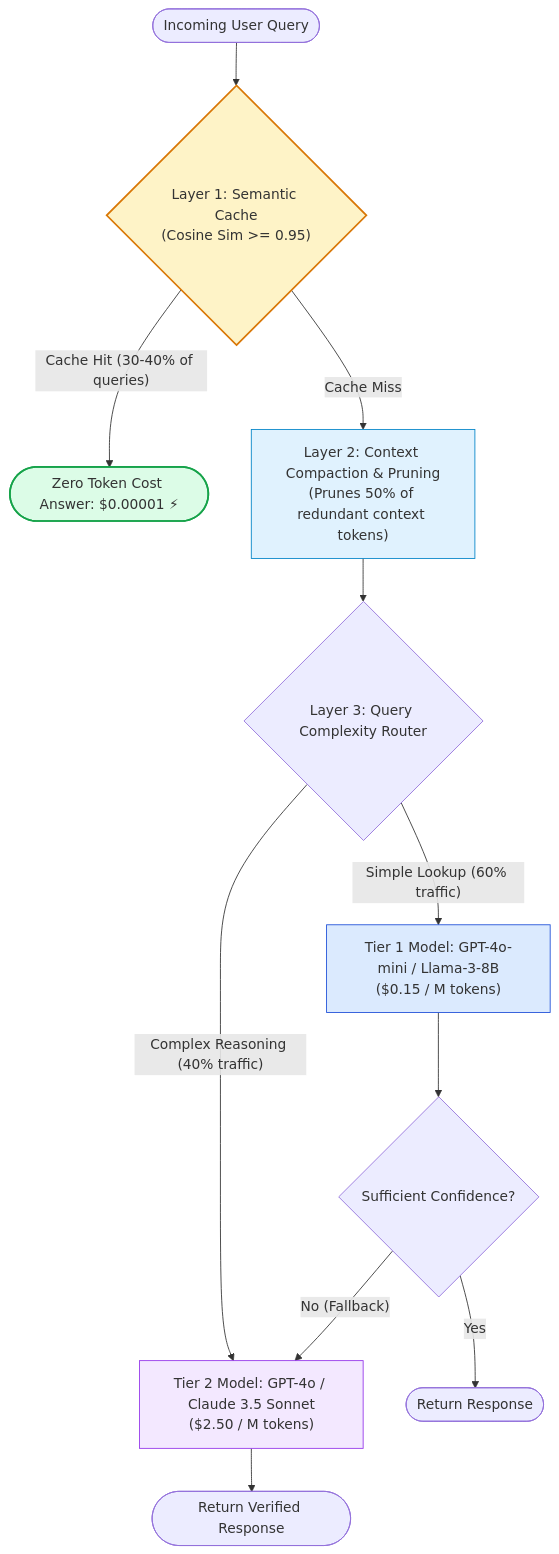
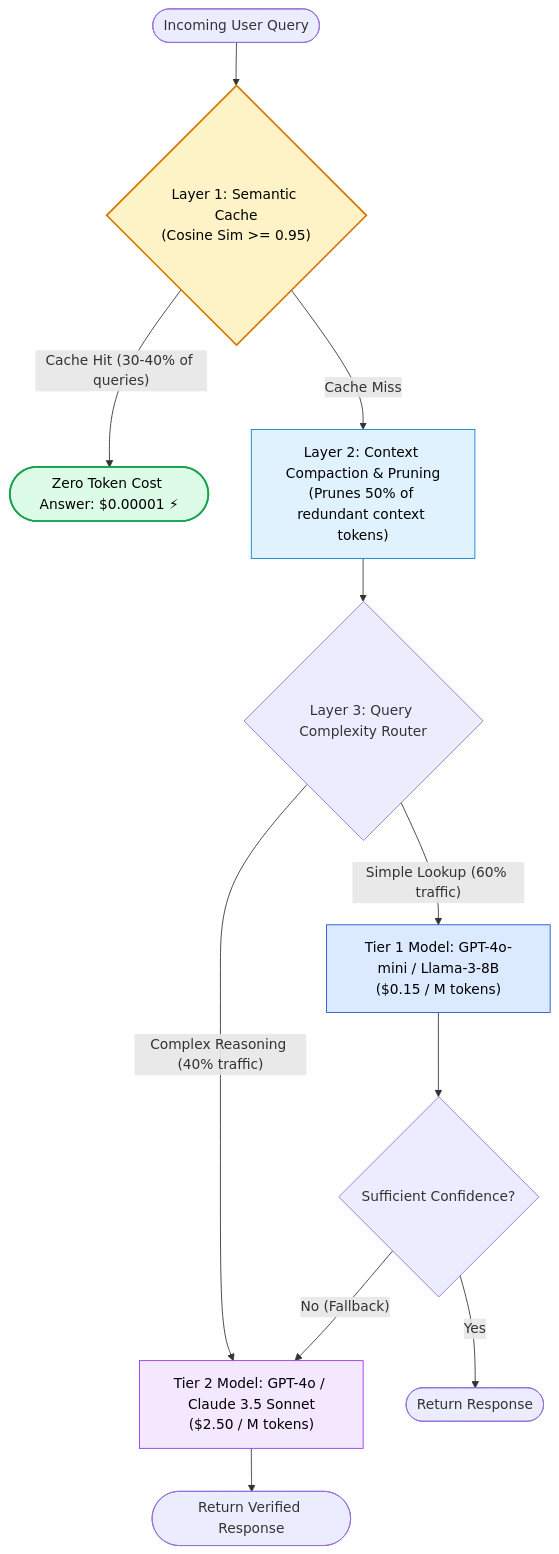
One commit to swapnil3104/RAG-Engineering changed the first of 3 diagrams in 08-RAG-Evaluation-and-Optimization/Cost-Optimization.md. Above: the diagram before and after it, drawn with Mermaid. The commit also changed other lines of this file and 108 other files, not shown here.

Commit message:
fix: make chart text visible across all Mermaid diagrams and resolve markdown table formatting issues

````diff
--- a/08-RAG-Evaluation-and-Optimization/Cost-Optimization.md
+++ b/08-RAG-Evaluation-and-Optimization/Cost-Optimization.md
@@ -31,24 +31,24 @@
 ```mermaid
 flowchart TD
     UQ([Incoming User Query]) --> CacheCheck{"Layer 1: Semantic Cache<br/>(Cosine Sim >= 0.95)"}
     
     CacheCheck -->|"Cache Hit (30-40% of queries)"| CheapAns([Zero Token Cost Answer: $0.00001 ⚡])
     
     CacheCheck -->|"Cache Miss"| Compress["Layer 2: Context Compaction & Pruning<br/>(Prunes 50% of redundant context tokens)"]
     
     Compress --> ComplexityRouter{"Layer 3: Query Complexity Router"}
     
     ComplexityRouter -->|"Simple Lookup (60% traffic)"| SmallLLM["Tier 1 Model: GPT-4o-mini / Llama-3-8B<br/>($0.15 / M tokens)"]
     ComplexityRouter -->|"Complex Reasoning (40% traffic)"| BigLLM["Tier 2 Model: GPT-4o / Claude 3.5 Sonnet<br/>($2.50 / M tokens)"]
     
     SmallLLM --> Verify{"Sufficient Confidence?"}
     Verify -->|"Yes"| Stream1([Return Response])
     Verify -->|"No (Fallback)"| BigLLM
     BigLLM --> Stream2([Return Verified Response])
 
-    style CacheCheck fill:#fef3c7,stroke:#d97706,stroke-width:2px
-    style CheapAns fill:#dcfce7,stroke:#16a34a,stroke-width:2px
-    style Compress fill:#e0f2fe,stroke:#0284c7
-    style SmallLLM fill:#dbeafe,stroke:#1d4ed8
-    style BigLLM fill:#f3e8ff,stroke:#9333ea
+    style CacheCheck fill:#fef3c7,stroke:#d97706,stroke-width:2px,color:#000000
+    style CheapAns fill:#dcfce7,stroke:#16a34a,stroke-width:2px,color:#000000
+    style Compress fill:#e0f2fe,stroke:#0284c7,color:#000000
+    style SmallLLM fill:#dbeafe,stroke:#1d4ed8,color:#000000
+    style BigLLM fill:#f3e8ff,stroke:#9333ea,color:#000000
 ```
````
